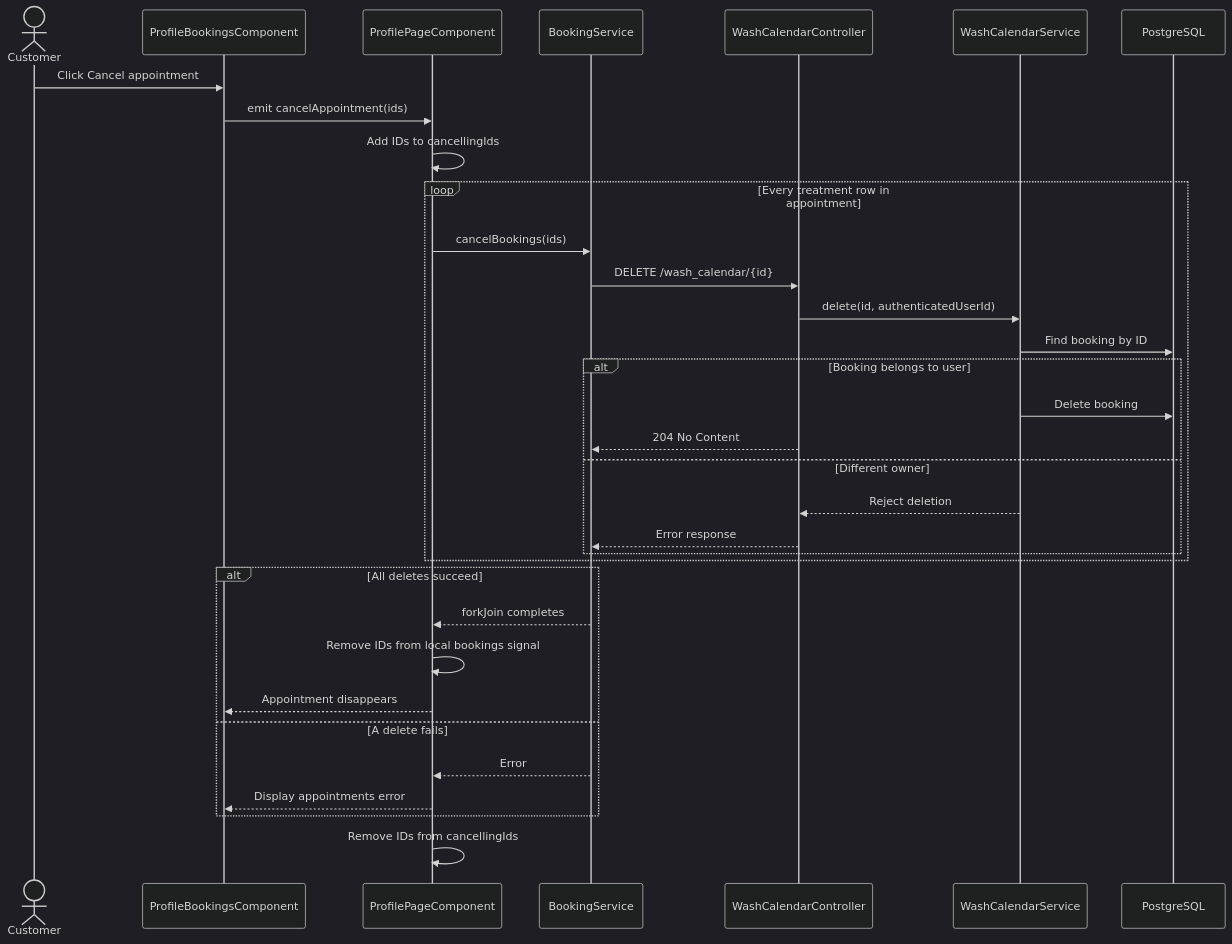
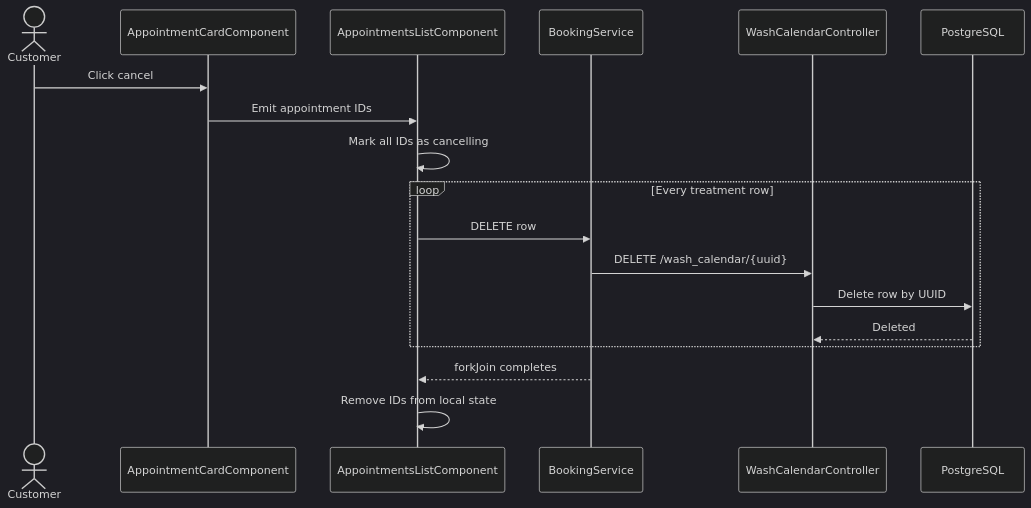
Before and after one commit to yassineao/poetsanders: diagram 12 of 17 in README.md, drawn with Mermaid (dark theme). The commit also changed other lines of this file, not shown here.

````diff
--- a/README.md
+++ b/README.md
@@ -590,40 +738,23 @@
 ```mermaid
 sequenceDiagram
     actor Customer
-    participant Card as ProfileBookingsComponent
-    participant Page as ProfilePageComponent
-    participant BookingService
-    participant Controller as WashCalendarController
-    participant Service as WashCalendarService
+    participant Card as AppointmentCardComponent
+    participant List as AppointmentsListComponent
+    participant Client as BookingService
+    participant API as WashCalendarController
     participant DB as PostgreSQL
 
-    Customer->>Card: Click Cancel appointment
-    Card->>Page: emit cancelAppointment(ids)
-    Page->>Page: Add IDs to cancellingIds
+    Customer->>Card: Click cancel
+    Card->>List: Emit appointment IDs
+    List->>List: Mark all IDs as cancelling
 
-    loop Every treatment row in appointment
-        Page->>BookingService: cancelBookings(ids)
-        BookingService->>Controller: DELETE /wash_calendar/{id}
-        Controller->>Service: delete(id, authenticatedUserId)
-        Service->>DB: Find booking by ID
-
-        alt Booking belongs to user
-            Service->>DB: Delete booking
-            Controller-->>BookingService: 204 No Content
-        else Different owner
-            Service-->>Controller: Reject deletion
-            Controller-->>BookingService: Error response
-        end
+    loop Every treatment row
+        List->>Client: DELETE row
+        Client->>API: DELETE /wash_calendar/{uuid}
+        API->>DB: Delete row by UUID
+        DB-->>API: Deleted
     end
 
-    alt All deletes succeed
-        BookingService-->>Page: forkJoin completes
-        Page->>Page: Remove IDs from local bookings signal
-        Page-->>Card: Appointment disappears
-    else A delete fails
-        BookingService-->>Page: Error
-        Page-->>Card: Display appointments error
-    end
-
-    Page->>Page: Remove IDs from cancellingIds
+    Client-->>List: forkJoin completes
+    List->>List: Remove IDs from local state
 ```
````
